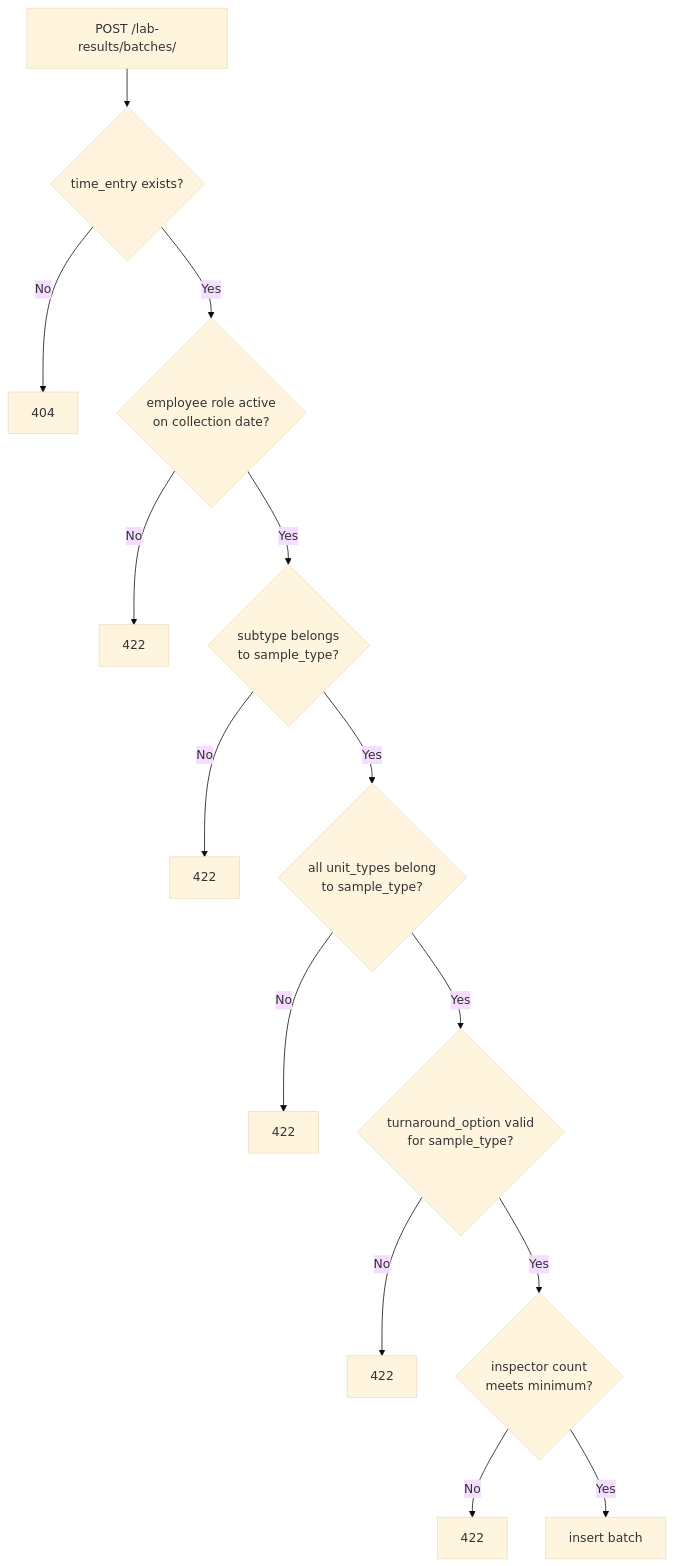
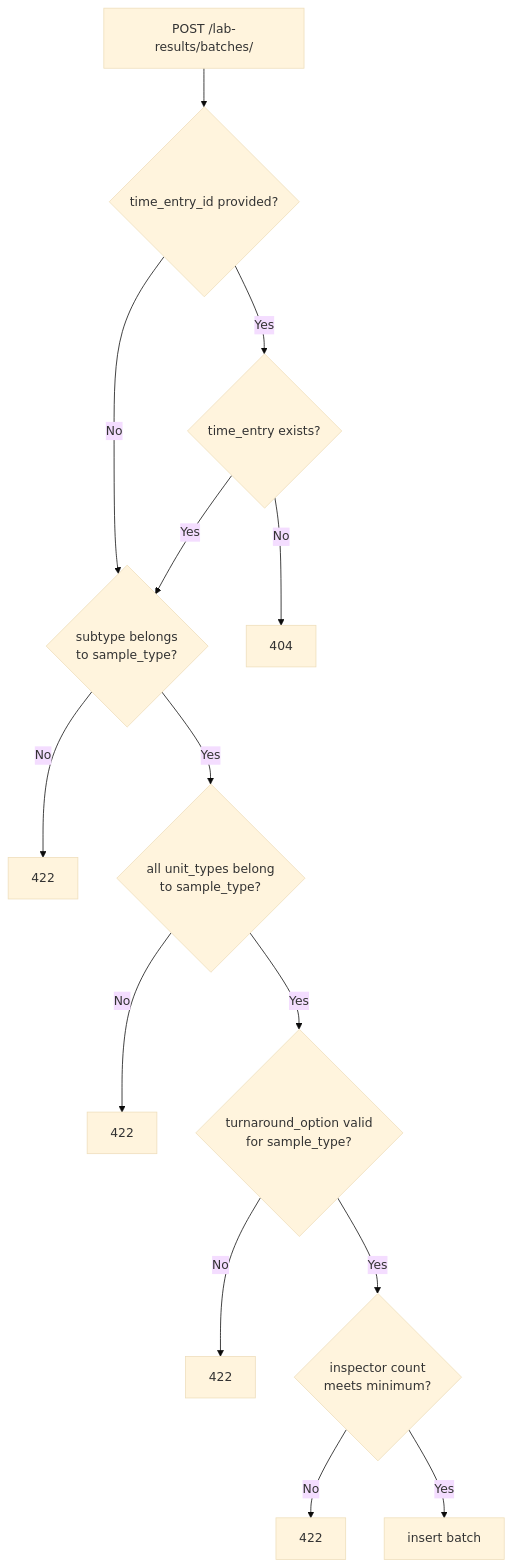
One commit to crumbcake42/sca-ih-tracker changed the diagram in backend/app/lab_results/README.md. Above: the diagram before and after it, drawn with Mermaid (base theme). The commit also changed other lines of this file and 17 other files, not shown here.

````diff
--- a/backend/app/lab_results/README.md
+++ b/backend/app/lab_results/README.md
@@ -24,16 +31,16 @@
 ```mermaid
 flowchart TD
-    A[POST /lab-results/batches/] --> B{time_entry exists?}
-    B -- No --> Z1[404]
-    B -- Yes --> C{employee role active\non collection date?}
-    C -- No --> Z2[422]
-    C -- Yes --> D{subtype belongs\nto sample_type?}
-    D -- No --> Z3[422]
+    A[POST /lab-results/batches/] --> B{time_entry_id provided?}
+    B -- Yes --> C{time_entry exists?}
+    B -- No --> D{subtype belongs\nto sample_type?}
+    C -- No --> Z1[404]
+    C -- Yes --> D
+    D -- No --> Z2[422]
     D -- Yes --> E{all unit_types belong\nto sample_type?}
-    E -- No --> Z4[422]
+    E -- No --> Z3[422]
     E -- Yes --> F{turnaround_option valid\nfor sample_type?}
-    F -- No --> Z5[422]
+    F -- No --> Z4[422]
     F -- Yes --> G{inspector count\nmeets minimum?}
-    G -- No --> Z6[422]
+    G -- No --> Z5[422]
     G -- Yes --> H[insert batch]
 ```
````
